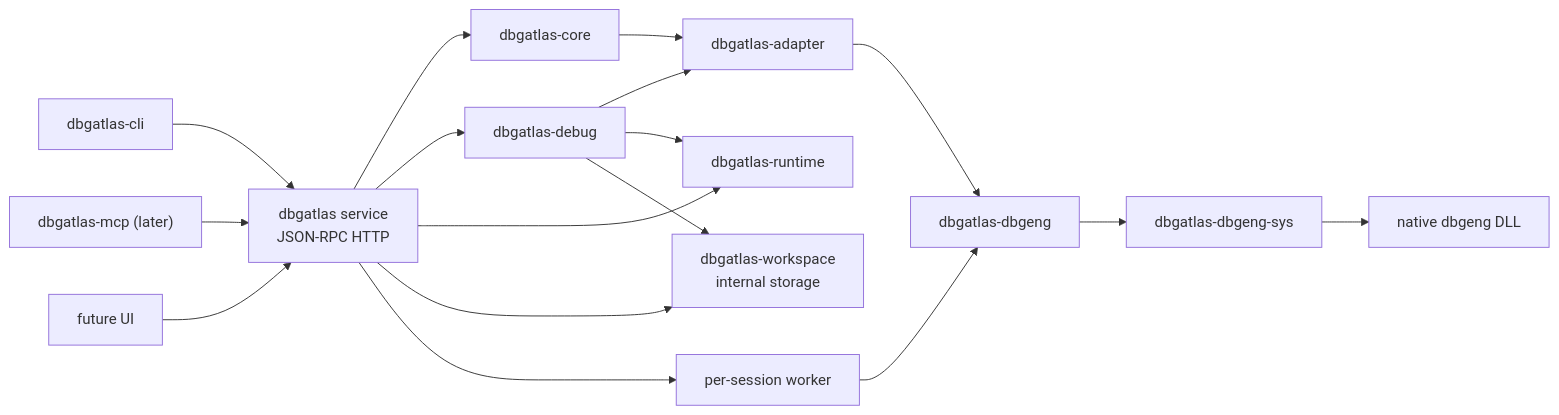
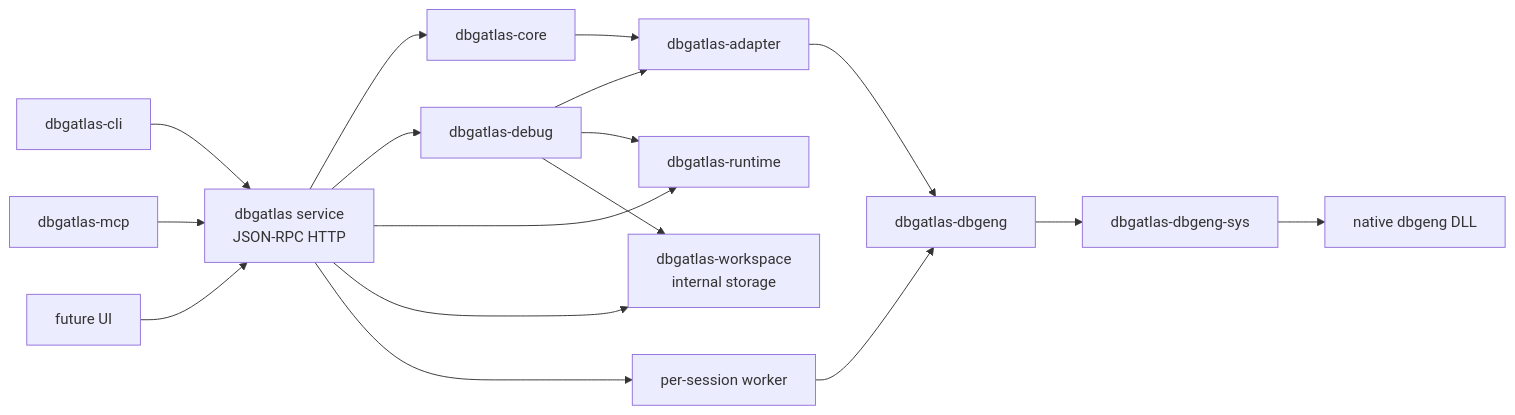
One commit to dstars-oss/dbgatlas changed the diagram in docs/architecture.md. Above: the diagram before and after it, drawn with Mermaid. The commit also changed other lines of this file and 12 other files, not shown here.

````diff
--- a/docs/architecture.md
+++ b/docs/architecture.md
@@ -7,19 +7,19 @@
 ```mermaid
 flowchart LR
   CLI["dbgatlas-cli"] --> SVC["dbgatlas service\nJSON-RPC HTTP"]
-  MCP["dbgatlas-mcp (later)"] --> SVC
+  MCP["dbgatlas-mcp"] --> SVC
   UI["future UI"] --> SVC
   SVC --> CORE["dbgatlas-core"]
   SVC --> DEBUG["dbgatlas-debug"]
   SVC --> RUNTIME["dbgatlas-runtime"]
   SVC --> WS["dbgatlas-workspace\ninternal storage"]
   SVC --> WORKER["per-session worker"]
   CORE --> AD["dbgatlas-adapter"]
   DEBUG --> AD
   DEBUG --> RUNTIME
   DEBUG --> WS
   WORKER --> DBG
   AD --> DBG["dbgatlas-dbgeng"]
   DBG --> SYS["dbgatlas-dbgeng-sys"]
   SYS --> DLL["native dbgeng DLL"]
 ```
````
